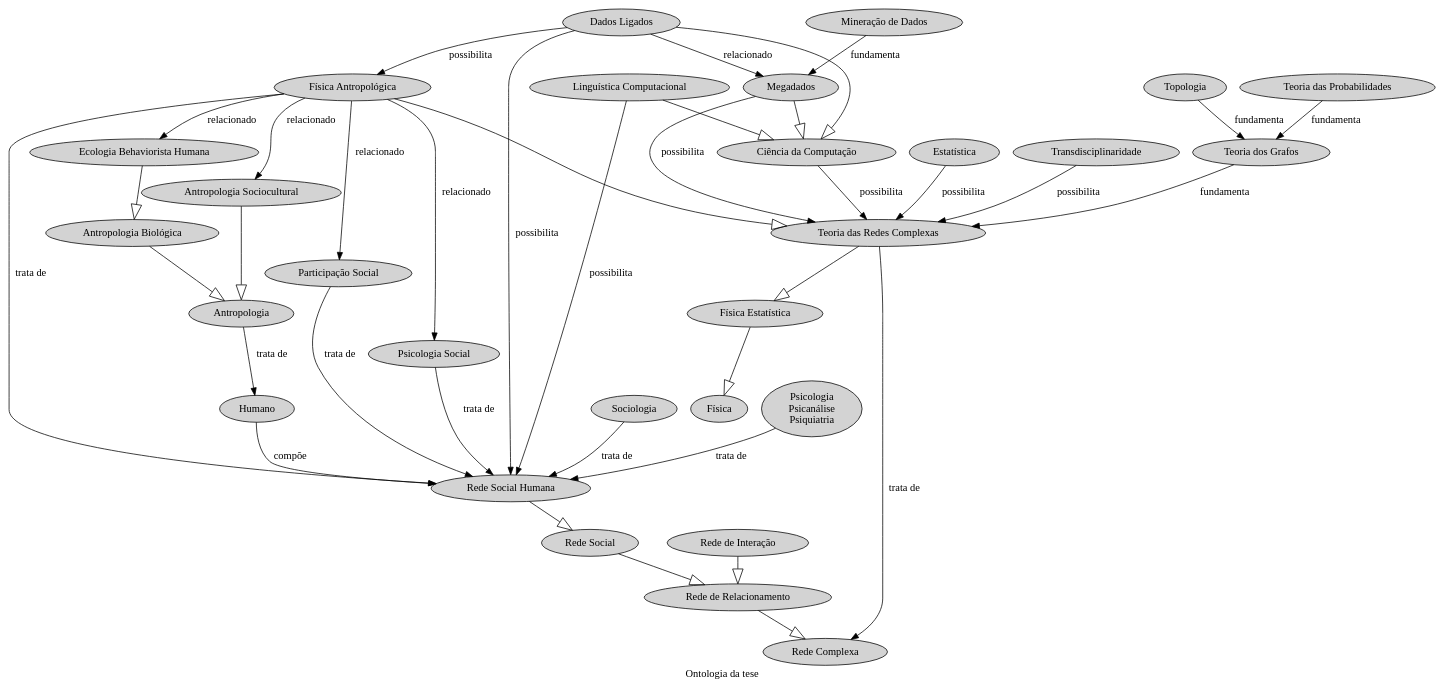
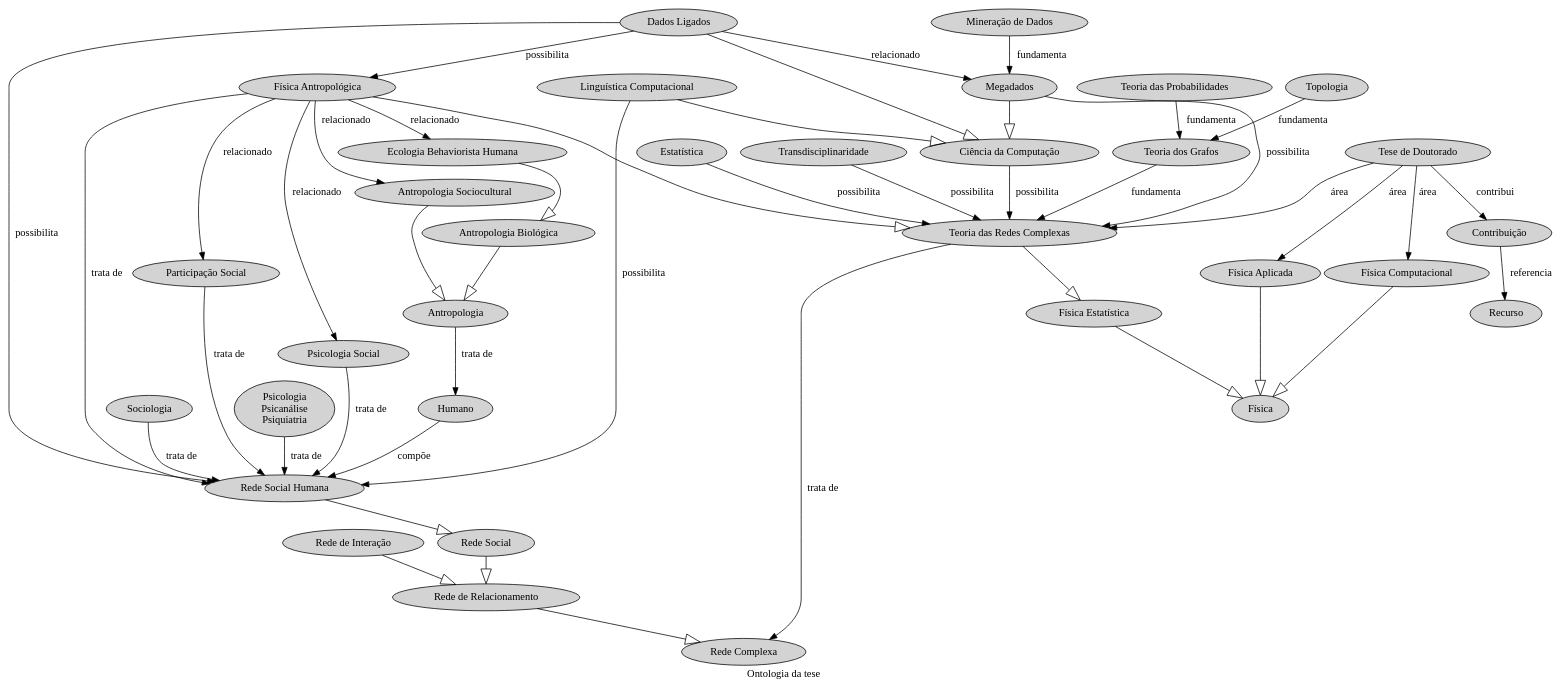
Before and after one commit to ttm/OT: the diagram in dot/ot.dot, drawn with Graphviz. The commit also changed 3 other files, not shown here.

```diff
--- a/dot/ot.dot
+++ b/dot/ot.dot
@@ -1,85 +1,99 @@
 digraph  {
 	graph [label="Ontologia da tese"];
 	Física	 [style=filled];
 	"Física Estatística"	 [style=filled];
 	"Física Estatística" -> Física	 [arrowhead=empty,
 		arrowsize=2];
 	"Teoria das Redes Complexas"	 [style=filled];
 	"Teoria das Redes Complexas" -> "Física Estatística"	 [arrowhead=empty,
 		arrowsize=2];
 	"Rede Complexa"	 [style=filled];
 	"Teoria das Redes Complexas" -> "Rede Complexa"	 [label="trata de"];
 	"Teoria dos Grafos"	 [style=filled];
 	"Teoria dos Grafos" -> "Teoria das Redes Complexas"	 [label=fundamenta];
 	"Teoria das Probabilidades"	 [style=filled];
 	"Teoria das Probabilidades" -> "Teoria dos Grafos"	 [label=fundamenta];
 	Topologia	 [style=filled];
 	Topologia -> "Teoria dos Grafos"	 [label=fundamenta];
 	Megadados	 [style=filled];
 	Megadados -> "Teoria das Redes Complexas"	 [label=possibilita];
 	"Ciência da Computação"	 [style=filled];
 	Megadados -> "Ciência da Computação"	 [arrowhead=empty,
 		arrowsize=2];
 	Estatística	 [style=filled];
 	Estatística -> "Teoria das Redes Complexas"	 [label=possibilita];
 	"Ciência da Computação" -> "Teoria das Redes Complexas"	 [label=possibilita];
 	"Mineração de Dados"	 [style=filled];
 	"Mineração de Dados" -> Megadados	 [label=fundamenta];
 	Transdisciplinaridade	 [style=filled];
 	Transdisciplinaridade -> "Teoria das Redes Complexas"	 [label=possibilita];
 	"Rede de Relacionamento"	 [style=filled];
 	"Rede de Relacionamento" -> "Rede Complexa"	 [arrowhead=empty,
 		arrowsize=2];
 	"Rede de Interação"	 [style=filled];
 	"Rede de Interação" -> "Rede de Relacionamento"	 [arrowhead=empty,
 		arrowsize=2];
 	"Rede Social"	 [style=filled];
 	"Rede Social" -> "Rede de Relacionamento"	 [arrowhead=empty,
 		arrowsize=2];
 	"Rede Social Humana"	 [style=filled];
 	"Rede Social Humana" -> "Rede Social"	 [arrowhead=empty,
 		arrowsize=2];
 	Antropologia	 [style=filled];
 	Humano	 [style=filled];
 	Antropologia -> Humano	 [label="trata de"];
 	"Antropologia Biológica"	 [style=filled];
 	"Antropologia Biológica" -> Antropologia	 [arrowhead=empty,
 		arrowsize=2];
 	"Ecologia Behaviorista Humana"	 [style=filled];
 	"Ecologia Behaviorista Humana" -> "Antropologia Biológica"	 [arrowhead=empty,
 		arrowsize=2];
 	"Antropologia Sociocultural"	 [style=filled];
 	"Antropologia Sociocultural" -> Antropologia	 [arrowhead=empty,
 		arrowsize=2];
 	Humano -> "Rede Social Humana"	 [label=compõe];
 	"Física Antropológica"	 [style=filled];
 	"Física Antropológica" -> "Teoria das Redes Complexas"	 [arrowhead=empty,
 		arrowsize=2];
 	"Física Antropológica" -> "Rede Social Humana"	 [label="trata de"];
 	"Física Antropológica" -> "Ecologia Behaviorista Humana"	 [label=relacionado];
 	"Física Antropológica" -> "Antropologia Sociocultural"	 [label=relacionado];
 	"Participação Social"	 [style=filled];
 	"Física Antropológica" -> "Participação Social"	 [label=relacionado];
 	"Psicologia Social"	 [style=filled];
 	"Física Antropológica" -> "Psicologia Social"	 [label=relacionado];
 	Sociologia	 [style=filled];
 	Sociologia -> "Rede Social Humana"	 [label="trata de"];
 	"Participação Social" -> "Rede Social Humana"	 [label="trata de"];
 	"Psicologia Social" -> "Rede Social Humana"	 [label="trata de"];
 	"Psicologia
 Psicanálise
 Psiquiatria"	 [style=filled];
 	"Psicologia
 Psicanálise
 Psiquiatria" -> "Rede Social Humana"	 [label="trata de"];
 	"Dados Ligados"	 [style=filled];
 	"Dados Ligados" -> Megadados	 [label=relacionado];
 	"Dados Ligados" -> "Ciência da Computação"	 [arrowhead=empty,
 		arrowsize=2];
 	"Dados Ligados" -> "Rede Social Humana"	 [label=possibilita];
 	"Dados Ligados" -> "Física Antropológica"	 [label=possibilita];
 	"Linguística Computacional"	 [style=filled];
 	"Linguística Computacional" -> "Ciência da Computação"	 [arrowhead=empty,
 		arrowsize=2];
 	"Linguística Computacional" -> "Rede Social Humana"	 [label=possibilita];
+	"Tese de Doutorado"	 [style=filled];
+	"Tese de Doutorado" -> "Teoria das Redes Complexas"	 [label=área];
+	"Física Aplicada"	 [style=filled];
+	"Tese de Doutorado" -> "Física Aplicada"	 [label=área];
+	"Física Computacional"	 [style=filled];
+	"Tese de Doutorado" -> "Física Computacional"	 [label=área];
+	Contribuição	 [style=filled];
+	"Tese de Doutorado" -> Contribuição	 [label=contribui];
+	"Física Aplicada" -> Física	 [arrowhead=empty,
+		arrowsize=2];
+	"Física Computacional" -> Física	 [arrowhead=empty,
+		arrowsize=2];
+	Recurso	 [style=filled];
+	Contribuição -> Recurso	 [label=referencia];
 }
```
